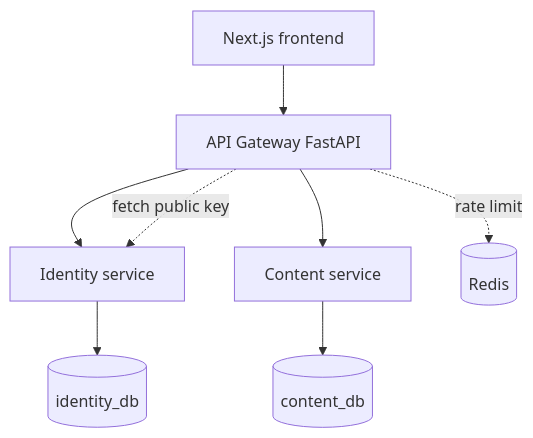
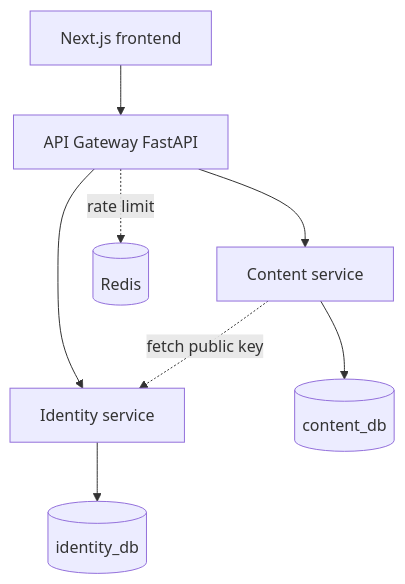
The diagram in docs/PLAN-v1.md (LifeEZ/ForumClone), drawn with Mermaid before and after one commit. The commit also changed other lines of this file and 10 other files, not shown here.

````diff
--- a/docs/PLAN-v1.md
+++ b/docs/PLAN-v1.md
@@ -23,10 +23,10 @@
 ```mermaid
 graph TD
   FE[Next.js frontend] --> GW[API Gateway FastAPI]
   GW --> ID[Identity service]
   GW --> CT[Content service]
   ID --> IDDB[(identity_db)]
   CT --> CTDB[(content_db)]
-  GW -. fetch public key .-> ID
+  CT -. fetch public key .-> ID
   GW -. rate limit .-> RD[(Redis)]
 ```
````
